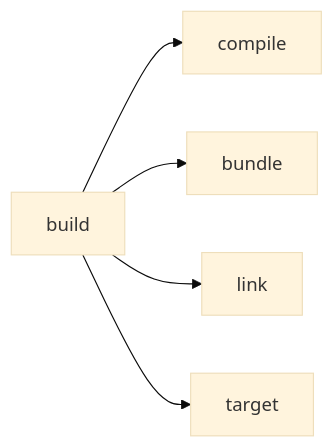
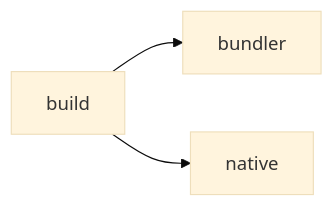
The tenth of 11 diagrams in friction-taxonomy.md (meaganewaller/weekly-reviews), drawn with Mermaid (base theme) before and after one commit. The commit also changed other lines of this file and 2 other files, not shown here.

```diff
--- a/friction-taxonomy.md
+++ b/friction-taxonomy.md
@@ -217,7 +236,5 @@
 {% mermaid %}
 flowchart LR
-    A[build] --> B[compile]
-    A --> C[bundle]
-    A --> D[link]
-    A --> E[target]
+    A[build] --> B[bundler]
+    A --> C[native]
 {% endmermaid %}
```
